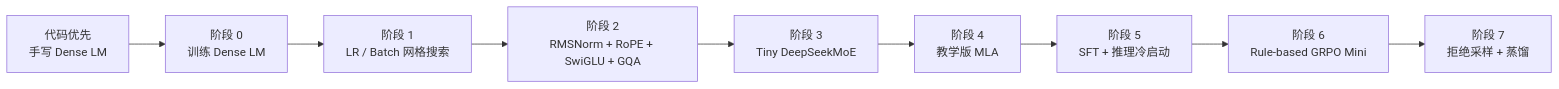
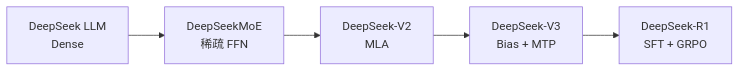
One commit to legend91019/TinySeek-Lab changed the first of 2 diagrams in README_zh.md. Above: the diagram before and after it, drawn with Mermaid. The commit also changed other lines of this file and 35 other files, not shown here.

Commit message:
docs: polish TinySeek learning path and results

````diff
--- a/README_zh.md
+++ b/README_zh.md
@@ -54,11 +60,7 @@
 ```mermaid
 flowchart LR
-  Z["代码优先<br/>手写 Dense LM"] --> A["阶段 0<br/>训练 Dense LM"]
-  A --> B["阶段 1<br/>LR / Batch 网格搜索"]
-  B --> C["阶段 2<br/>RMSNorm + RoPE + SwiGLU + GQA"]
-  C --> D["阶段 3<br/>Tiny DeepSeekMoE"]
-  D --> E["阶段 4<br/>教学版 MLA"]
-  E --> F["阶段 5<br/>SFT + 推理冷启动"]
-  F --> G["阶段 6<br/>Rule-based GRPO Mini"]
-  G --> H["阶段 7<br/>拒绝采样 + 蒸馏"]
+  A["DeepSeek LLM<br/>Dense"] --> B["DeepSeekMoE<br/>稀疏 FFN"]
+  B --> C["DeepSeek-V2<br/>MLA"]
+  C --> D["DeepSeek-V3<br/>Bias + MTP"]
+  D --> E["DeepSeek-R1<br/>SFT + GRPO"]
 ```
````
